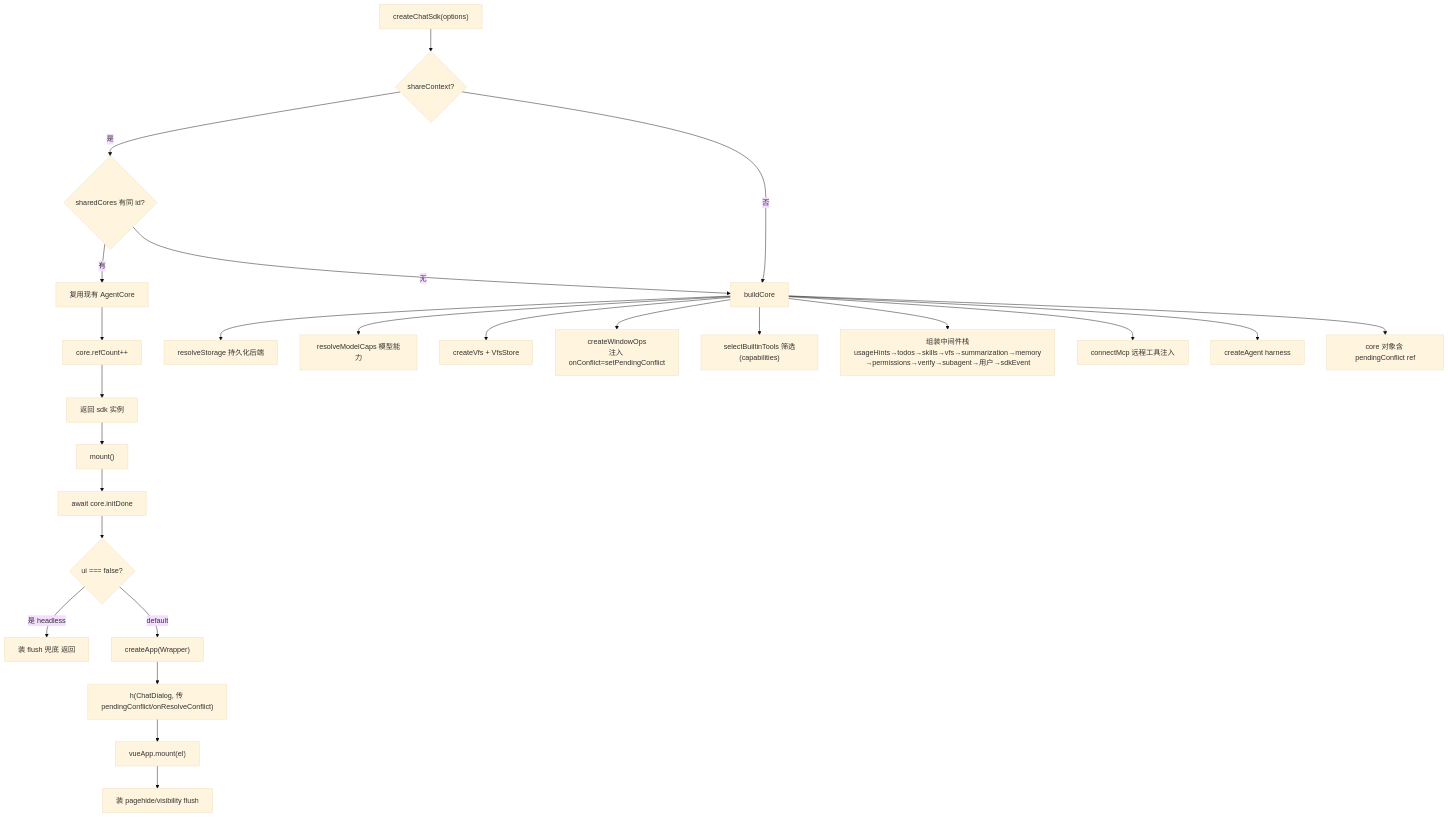
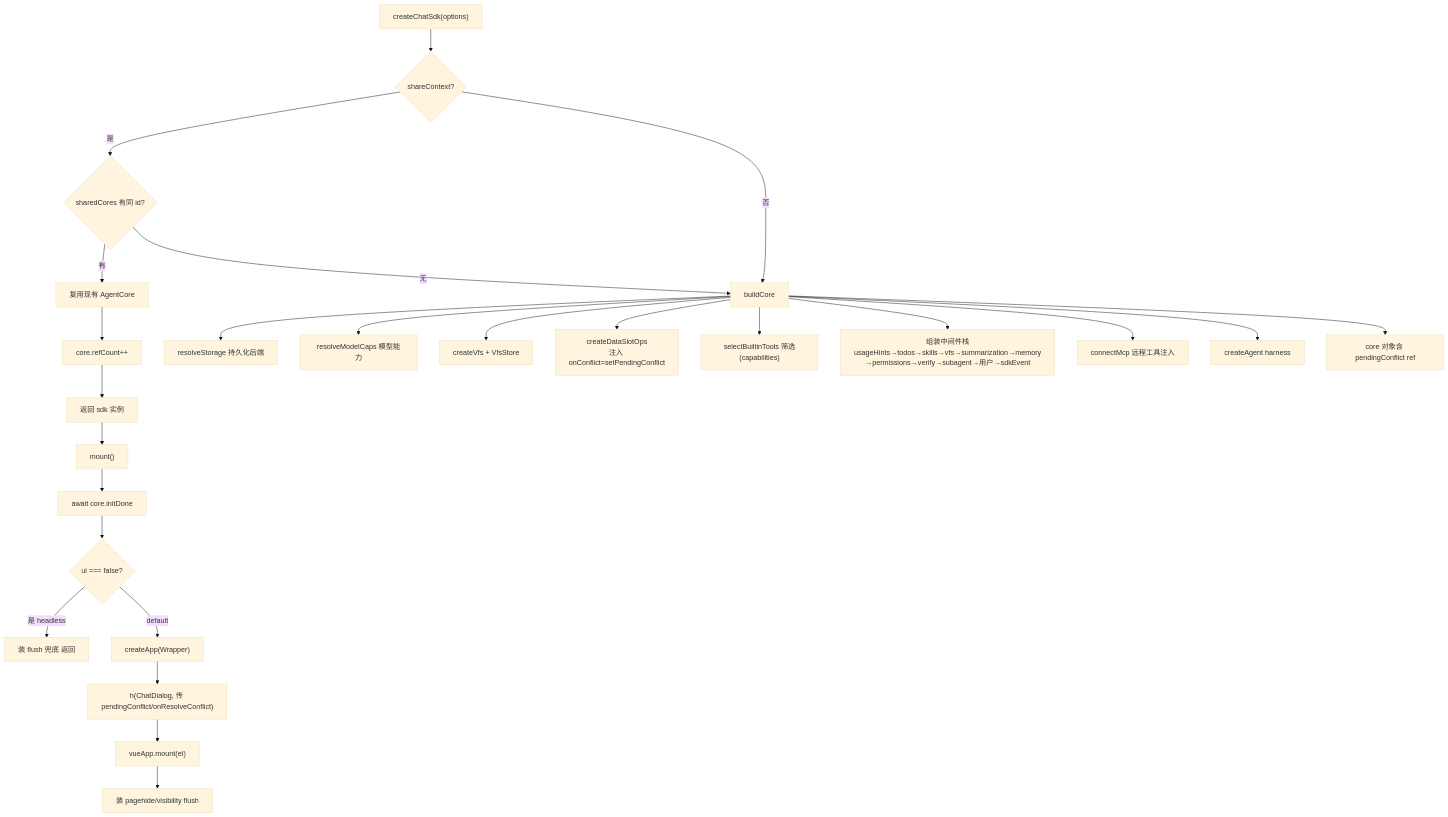
One commit to whyymj/chat-sdk changed the second of 6 diagrams in doc/architecture.md. Above: the diagram before and after it, drawn with Mermaid (base theme). The commit also changed other lines of this file and 88 other files, not shown here.

````diff
--- a/doc/architecture.md
+++ b/doc/architecture.md
@@ -46,27 +46,27 @@
 ```mermaid
 flowchart TD
   A["createChatSdk(options)"] --> B{"shareContext?"}
   B -->|是| C{"sharedCores 有同 id?"}
   C -->|有| D["复用现有 AgentCore"]
   C -->|无| E["buildCore"]
   B -->|否| E
   E --> E1["resolveStorage 持久化后端"]
   E --> E2["resolveModelCaps 模型能力"]
   E --> E3["createVfs + VfsStore"]
-  E --> E4["createWindowOps<br/>注入 onConflict=setPendingConflict"]
+  E --> E4["createDataSlotOps<br/>注入 onConflict=setPendingConflict"]
   E --> E5["selectBuiltinTools 筛选(capabilities)"]
   E --> E6["组装中间件栈<br/>usageHints→todos→skills→vfs→summarization→memory<br/>→permissions→verify→subagent→用户→sdkEvent"]
   E --> E7["connectMcp 远程工具注入"]
   E --> E8["createAgent harness"]
   E --> E9["core 对象含 pendingConflict ref"]
   D --> F["core.refCount++"]
   F --> G["返回 sdk 实例"]
   G --> H["mount()"]
   H --> I["await core.initDone"]
   I --> J{"ui === false?"}
   J -->|是 headless| K["装 flush 兜底 返回"]
   J -->|default| L["createApp(Wrapper)"]
   L --> M["h(ChatDialog, 传 pendingConflict/onResolveConflict)"]
   M --> N["vueApp.mount(el)"]
   N --> O["装 pagehide/visibility flush"]
 ```
````
